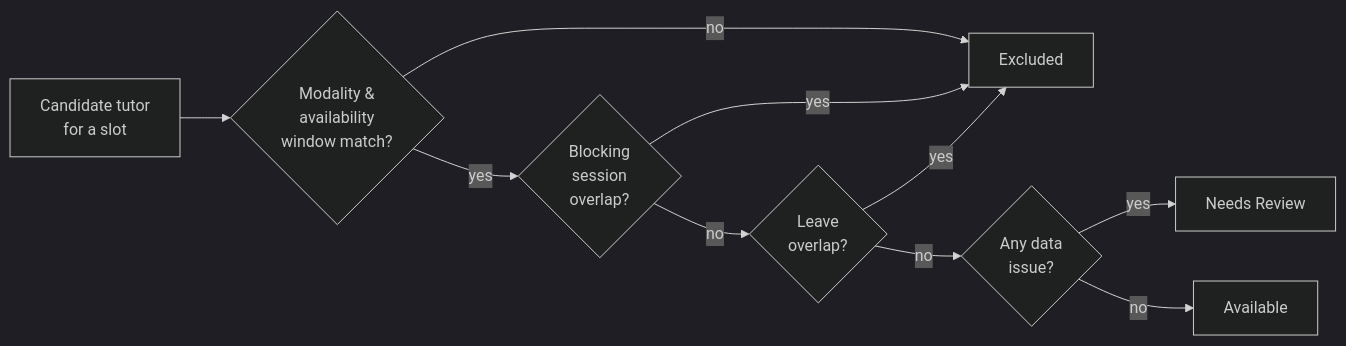
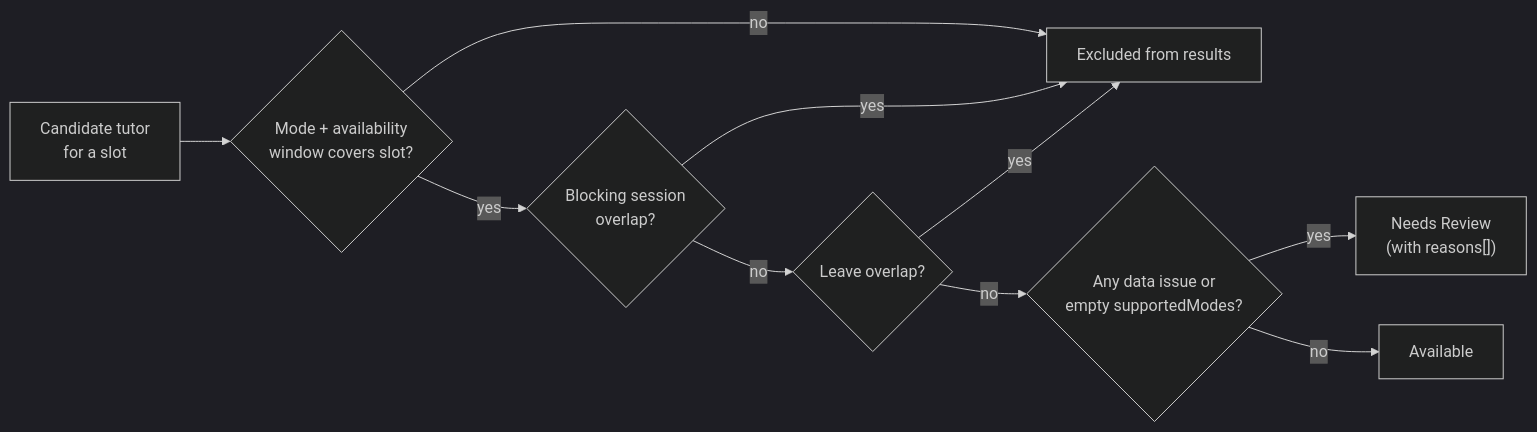
One commit to kasheesh711/bgscheduler changed the fourth of 5 diagrams in docs/handbook/glossary.md. Above: the diagram before and after it, drawn with Mermaid (dark theme). The commit also changed other lines of this file and 71 other files, not shown here.

````diff
--- a/docs/handbook/glossary.md
+++ b/docs/handbook/glossary.md
@@ -71,12 +214,12 @@
 ```mermaid
 flowchart LR
-    S["Candidate tutor<br/>for a slot"] --> M{"Modality &<br/>availability<br/>window match?"}
-    M -- no --> X["Excluded"]
-    M -- yes --> B{"Blocking<br/>session<br/>overlap?"}
+    S["Candidate tutor<br/>for a slot"] --> M{"Mode + availability<br/>window covers slot?"}
+    M -- no --> X["Excluded from results"]
+    M -- yes --> B{"Blocking session<br/>overlap?"}
     B -- yes --> X
-    B -- no --> L{"Leave<br/>overlap?"}
+    B -- no --> L{"Leave overlap?"}
     L -- yes --> X
-    L -- no --> R{"Any data<br/>issue?"}
-    R -- yes --> NR["Needs Review"]
+    L -- no --> R{"Any data issue or<br/>empty supportedModes?"}
+    R -- yes --> NR["Needs Review<br/>(with reasons[])"]
     R -- no --> AV["Available"]
 ```
````
